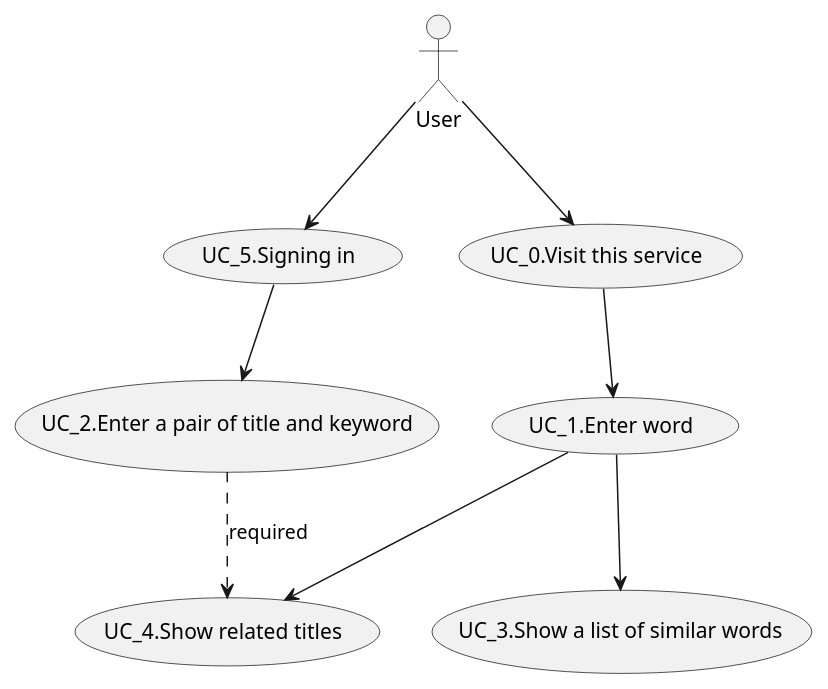
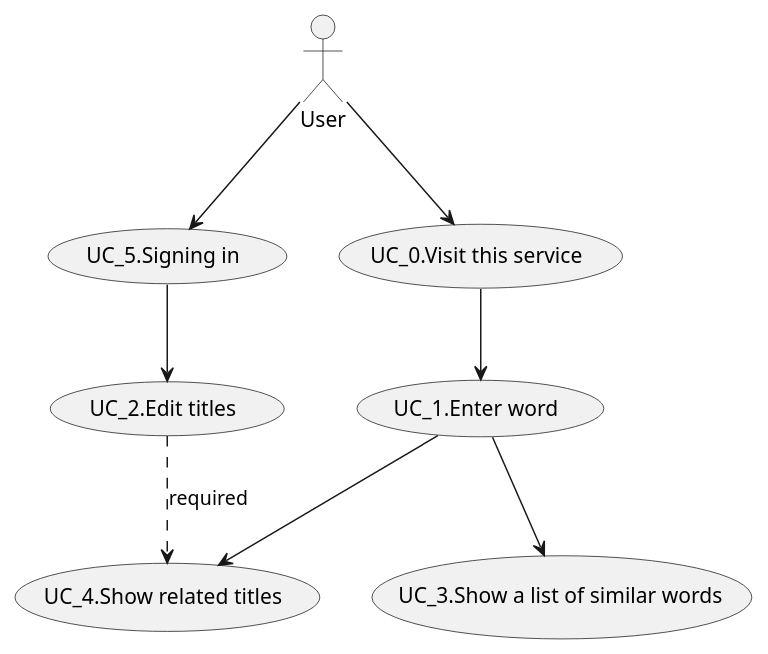
One commit to azarashin/Word2VecSOM changed the diagram in web/doc/usecase_chart/usecase.pu. Above: the diagram before and after it, drawn with PlantUML. The commit also changed 3 other files, not shown here.

Commit message:
update diagrams for editing title and keywords.

```diff
--- a/web/doc/usecase_chart/usecase.pu
+++ b/web/doc/usecase_chart/usecase.pu
@@ -1,15 +1,14 @@
 @startuml
 User --> (UC_5.Signing in)
 User --> (UC_0.Visit this service)
 
 (UC_0.Visit this service) --> (UC_1.Enter word)
 
-(UC_5.Signing in) --> (UC_2.Enter a pair of title and keyword)
+(UC_5.Signing in) --> (UC_2.Edit titles)
 
 (UC_1.Enter word) --> (UC_3.Show a list of similar words)
 (UC_1.Enter word) --> (UC_4.Show related titles)
 
-(UC_2.Enter a pair of title and keyword) ..> (UC_4.Show related titles) : required
-
+(UC_2.Edit titles) ..> (UC_4.Show related titles) : required
 
 @enduml
```
